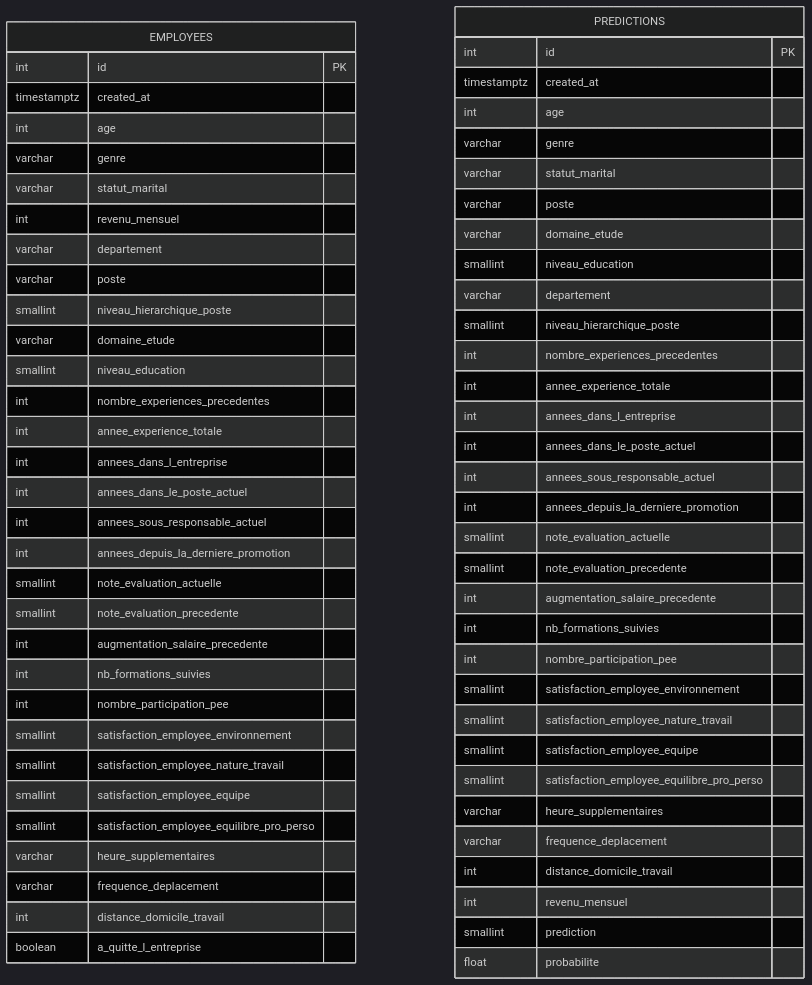
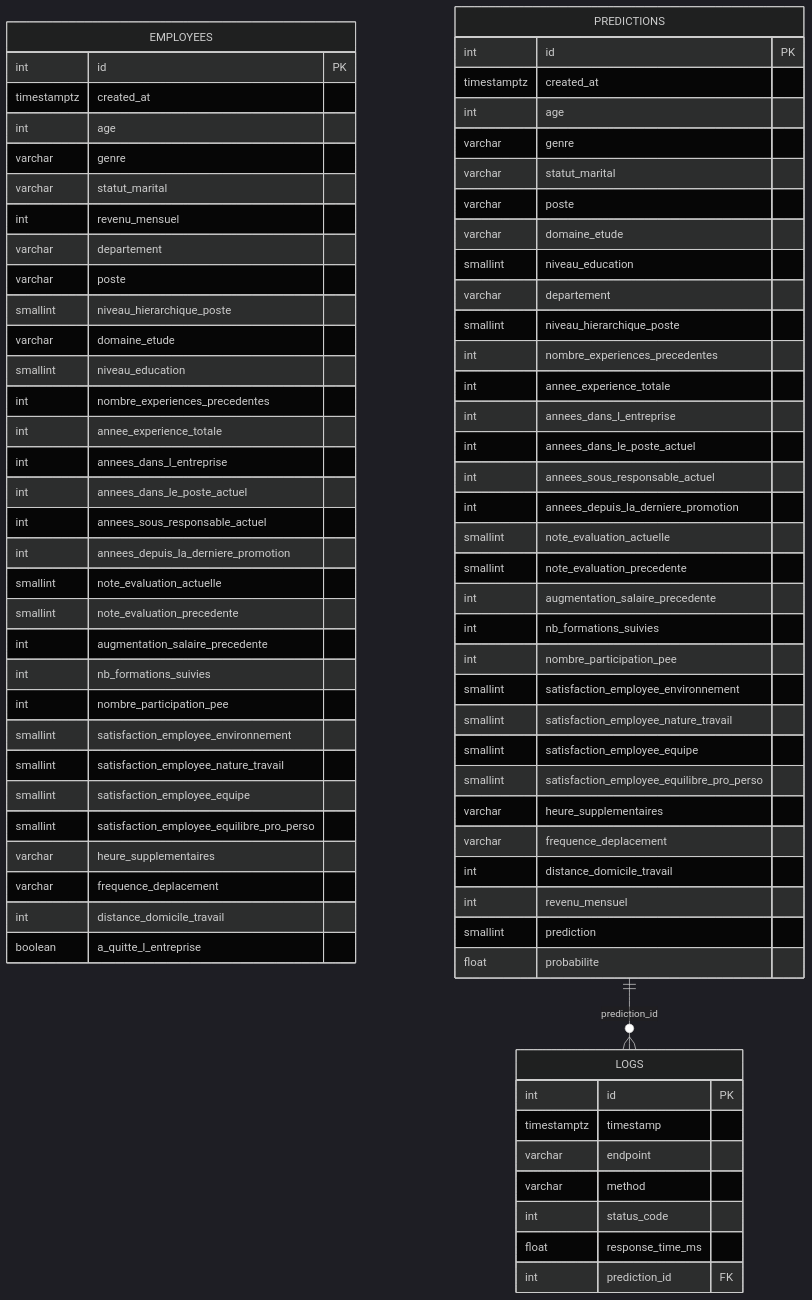
One commit to RaphaelRIVIERE/ml-deployment-api changed the diagram in README.md. Above: the diagram before and after it, drawn with Mermaid (dark theme). The commit also changed other lines of this file and 8 other files, not shown here.

````diff
--- a/README.md
+++ b/README.md
@@ -154,69 +154,81 @@
 ```mermaid
 erDiagram
     EMPLOYEES {
         int id PK
         timestamptz created_at
         int age
         varchar genre
         varchar statut_marital
         int revenu_mensuel
         varchar departement
         varchar poste
         smallint niveau_hierarchique_poste
         varchar domaine_etude
         smallint niveau_education
         int nombre_experiences_precedentes
         int annee_experience_totale
         int annees_dans_l_entreprise
         int annees_dans_le_poste_actuel
         int annees_sous_responsable_actuel
         int annees_depuis_la_derniere_promotion
         smallint note_evaluation_actuelle
         smallint note_evaluation_precedente
         int augmentation_salaire_precedente
         int nb_formations_suivies
         int nombre_participation_pee
         smallint satisfaction_employee_environnement
         smallint satisfaction_employee_nature_travail
         smallint satisfaction_employee_equipe
         smallint satisfaction_employee_equilibre_pro_perso
         varchar heure_supplementaires
         varchar frequence_deplacement
         int distance_domicile_travail
         boolean a_quitte_l_entreprise
     }
 
     PREDICTIONS {
         int id PK
         timestamptz created_at
         int age
         varchar genre
         varchar statut_marital
         varchar poste
         varchar domaine_etude
         smallint niveau_education
         varchar departement
         smallint niveau_hierarchique_poste
         int nombre_experiences_precedentes
         int annee_experience_totale
         int annees_dans_l_entreprise
         int annees_dans_le_poste_actuel
         int annees_sous_responsable_actuel
         int annees_depuis_la_derniere_promotion
         smallint note_evaluation_actuelle
         smallint note_evaluation_precedente
         int augmentation_salaire_precedente
         int nb_formations_suivies
         int nombre_participation_pee
         smallint satisfaction_employee_environnement
         smallint satisfaction_employee_nature_travail
         smallint satisfaction_employee_equipe
         smallint satisfaction_employee_equilibre_pro_perso
         varchar heure_supplementaires
         varchar frequence_deplacement
         int distance_domicile_travail
         int revenu_mensuel
         smallint prediction
         float probabilite
     }
+
+    LOGS {
+        int id PK
+        timestamptz timestamp
+        varchar endpoint
+        varchar method
+        int status_code
+        float response_time_ms
+        int prediction_id FK
+    }
+
+    PREDICTIONS ||--o{ LOGS : "prediction_id"
 ```
````
